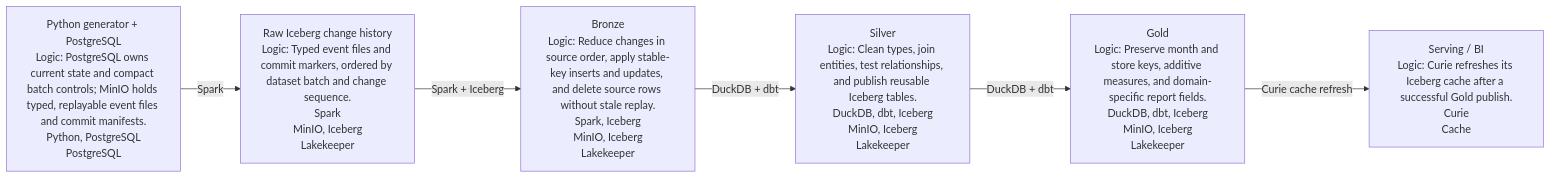
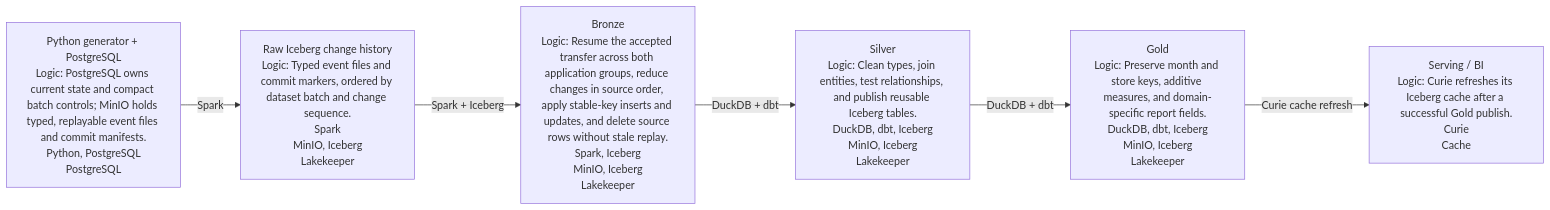
The diagram in docs/dataflow/diagrams/project_dataflow.mmd (AntonMiniazev/ampere_project), drawn with Mermaid before and after one commit. The commit also changed 4 other files, not shown here.

Commit message:
fix(bronze): resume incremental transfer across groups

```diff
--- a/docs/dataflow/diagrams/project_dataflow.mmd
+++ b/docs/dataflow/diagrams/project_dataflow.mmd
@@ -1,13 +1,13 @@
 flowchart LR
     L_SOURCE["Python generator + PostgreSQL<br/>Logic: PostgreSQL owns current state and compact batch controls; MinIO holds typed, replayable event files and commit manifests.<br/>Python, PostgreSQL<br/>PostgreSQL"]
     L_RAW["Raw Iceberg change history<br/>Logic: Typed event files and commit markers, ordered by dataset batch and change sequence.<br/>Spark<br/>MinIO, Iceberg<br/>Lakekeeper"]
-    L_BRONZE["Bronze<br/>Logic: Reduce changes in source order, apply stable-key inserts and updates, and delete source rows without stale replay.<br/>Spark, Iceberg<br/>MinIO, Iceberg<br/>Lakekeeper"]
+    L_BRONZE["Bronze<br/>Logic: Resume the accepted transfer across both application groups, reduce changes in source order, apply stable-key inserts and updates, and delete source rows without stale replay.<br/>Spark, Iceberg<br/>MinIO, Iceberg<br/>Lakekeeper"]
     L_SILVER["Silver<br/>Logic: Clean types, join entities, test relationships, and publish reusable Iceberg tables.<br/>DuckDB, dbt, Iceberg<br/>MinIO, Iceberg<br/>Lakekeeper"]
     L_GOLD["Gold<br/>Logic: Preserve month and store keys, additive measures, and domain-specific report fields.<br/>DuckDB, dbt, Iceberg<br/>MinIO, Iceberg<br/>Lakekeeper"]
     L_SERVING["Serving / BI<br/>Logic: Curie refreshes its Iceberg cache after a successful Gold publish.<br/>Curie<br/>Cache"]
 
     L_SOURCE -->|"Spark"| L_RAW
     L_RAW -->|"Spark + Iceberg"| L_BRONZE
     L_BRONZE -->|"DuckDB + dbt"| L_SILVER
     L_SILVER -->|"DuckDB + dbt"| L_GOLD
     L_GOLD -->|"Curie cache refresh"| L_SERVING
```
